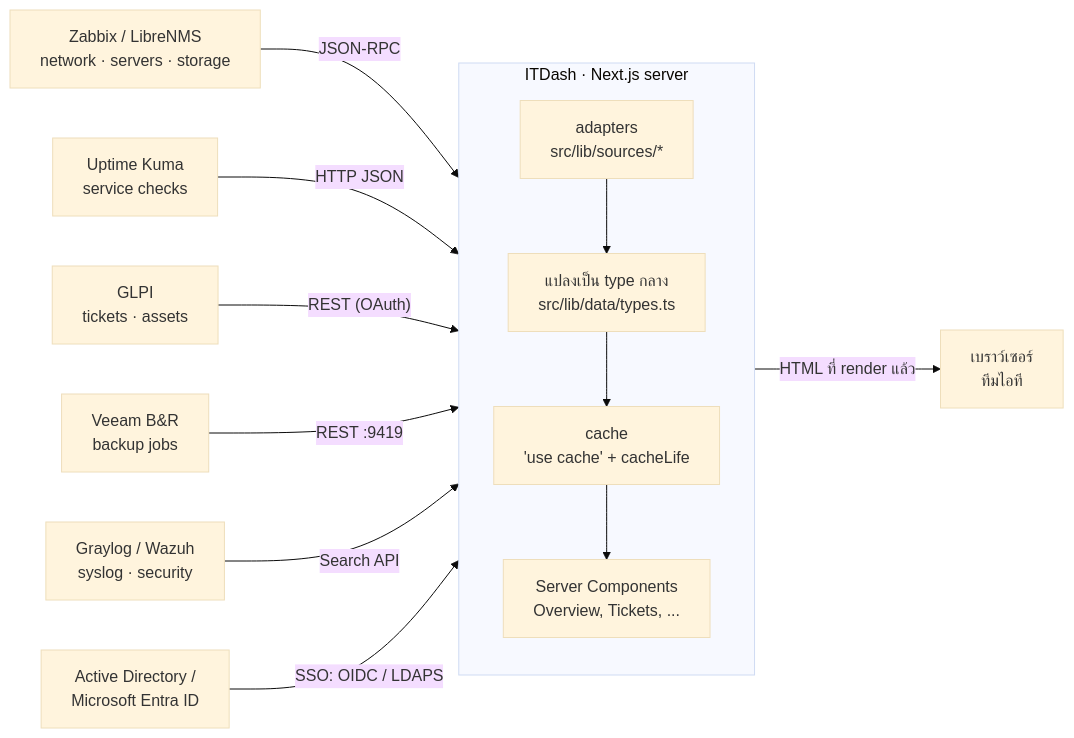
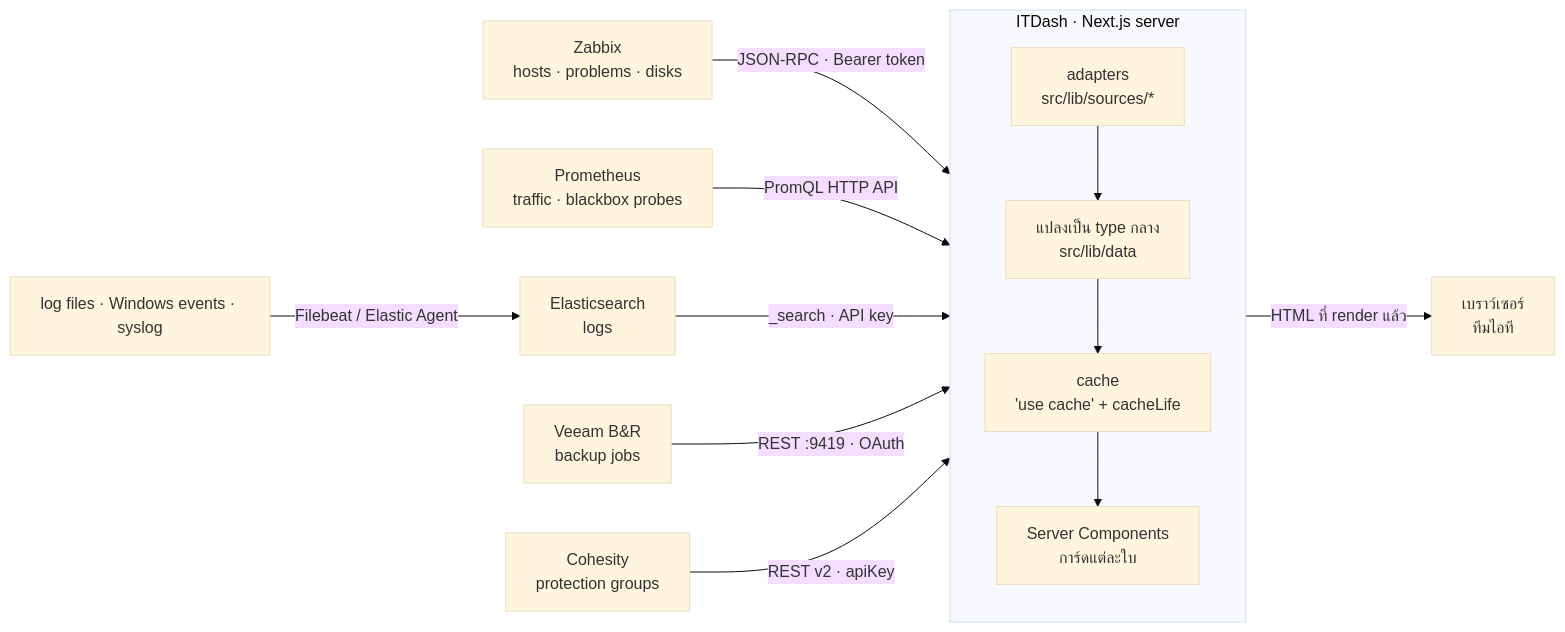
The first of 6 diagrams in docs/ARCHITECTURE.md (alohabyu/ITDash), drawn with Mermaid (base theme) before and after one commit. The commit also changed other lines of this file and 33 other files, not shown here.

First line of the commit message:
Connect Zabbix, Prometheus, Elasticsearch, Veeam and Cohesity

````diff
--- a/docs/ARCHITECTURE.md
+++ b/docs/ARCHITECTURE.md
@@ -16,28 +18,28 @@
 ```mermaid
 flowchart LR
-  ZBX["Zabbix / LibreNMS<br/>network · servers · storage"]
-  KUMA["Uptime Kuma<br/>service checks"]
-  GLPI["GLPI<br/>tickets · assets"]
-  VEEAM["Veeam B&R<br/>backup jobs"]
-  LOGS["Graylog / Wazuh<br/>syslog · security"]
+  ZBX["Zabbix<br/>hosts · problems · disks"]
+  PROM["Prometheus<br/>traffic · blackbox probes"]
+  ES["Elasticsearch<br/>logs"]
+  VBR["Veeam B&R<br/>backup jobs"]
+  COH["Cohesity<br/>protection groups"]
+  FILES["log files · Windows events · syslog"]
 
   subgraph APP["ITDash · Next.js server"]
     direction TB
     ADP["adapters<br/>src/lib/sources/*"]
-    TYP["แปลงเป็น type กลาง<br/>src/lib/data/types.ts"]
+    TYP["แปลงเป็น type กลาง<br/>src/lib/data"]
     CCH["cache<br/>'use cache' + cacheLife"]
-    UI["Server Components<br/>Overview, Tickets, ..."]
+    UI["Server Components<br/>การ์ดแต่ละใบ"]
     ADP --> TYP --> CCH --> UI
   end
 
-  IDP["Active Directory /<br/>Microsoft Entra ID"]
   BR["เบราว์เซอร์<br/>ทีมไอที"]
 
-  ZBX -- "JSON-RPC" --> ADP
-  KUMA -- "HTTP JSON" --> ADP
-  GLPI -- "REST (OAuth)" --> ADP
-  VEEAM -- "REST :9419" --> ADP
-  LOGS -- "Search API" --> ADP
-  IDP -- "SSO: OIDC / LDAPS" --> APP
+  FILES -- "Filebeat / Elastic Agent" --> ES
+  ZBX -- "JSON-RPC · Bearer token" --> ADP
+  PROM -- "PromQL HTTP API" --> ADP
+  ES -- "_search · API key" --> ADP
+  VBR -- "REST :9419 · OAuth" --> ADP
+  COH -- "REST v2 · apiKey" --> ADP
   UI -- "HTML ที่ render แล้ว" --> BR
 ```
````
